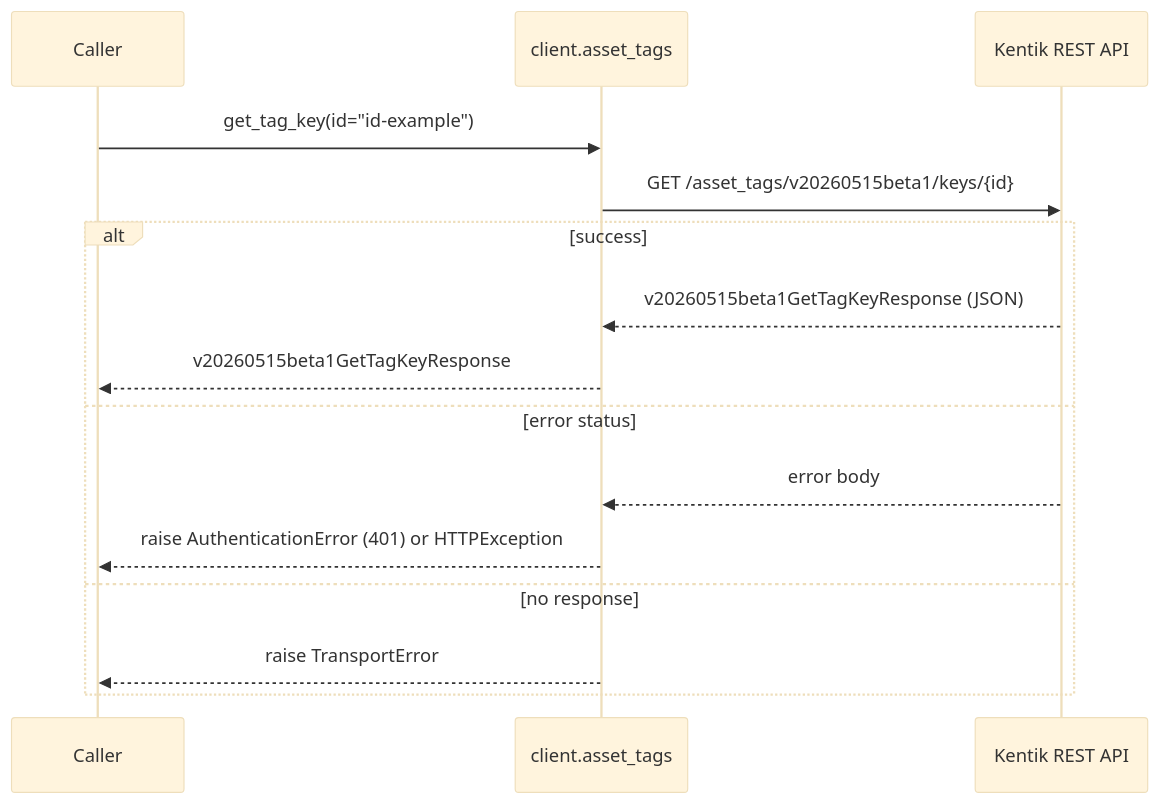
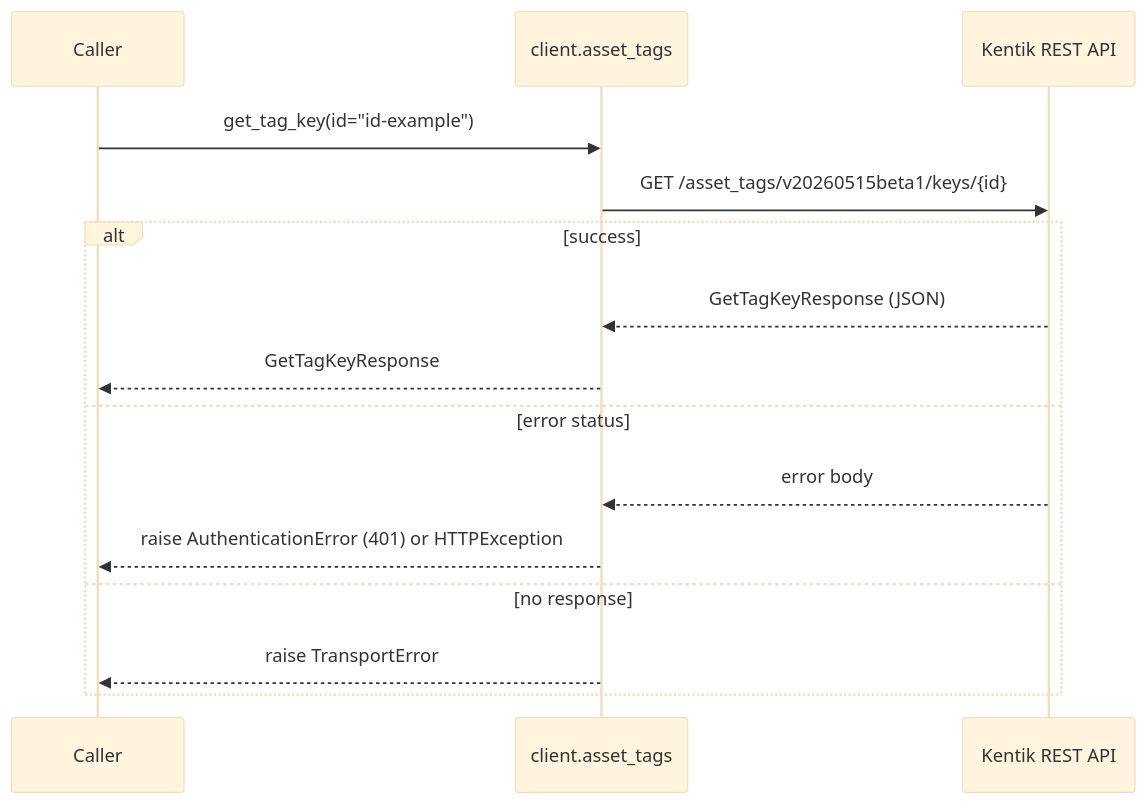
One commit to alexdearaujo/community_sdk_python changed the eighth of 20 diagrams in docs/sphinx/services/asset_tags.md. Above: the diagram before and after it, drawn with Mermaid (base theme). The commit also changed other lines of this file and 38 other files, not shown here.

````diff
--- a/docs/sphinx/services/asset_tags.md
+++ b/docs/sphinx/services/asset_tags.md
@@ -260,18 +260,18 @@
 ```mermaid
 sequenceDiagram
     participant C as Caller
     participant W as client.asset_tags
     participant API as Kentik REST API
 
     C->>W: get_tag_key(id="id-example")
     W->>API: GET /asset_tags/v20260515beta1/keys/{id}
     alt success
-        API-->>W: v20260515beta1GetTagKeyResponse (JSON)
-        W-->>C: v20260515beta1GetTagKeyResponse
+        API-->>W: GetTagKeyResponse (JSON)
+        W-->>C: GetTagKeyResponse
     else error status
         API-->>W: error body
         W-->>C: raise AuthenticationError (401) or HTTPException
     else no response
         W-->>C: raise TransportError
     end
 ```
````
